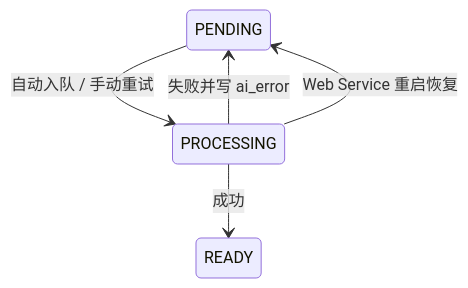
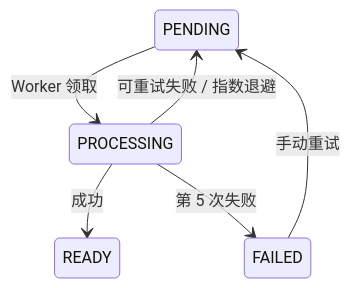
Before and after one commit to tamakara/bakabooru: the second of 4 diagrams in docs/operations.md, drawn with Mermaid. The commit also changed other lines of this file and 73 other files, not shown here.

````diff
--- a/docs/operations.md
+++ b/docs/operations.md
@@ -43,7 +43,8 @@
 ```mermaid
 stateDiagram-v2
-    PENDING --> PROCESSING: 自动入队 / 手动重试
+    PENDING --> PROCESSING: Worker 领取
     PROCESSING --> READY: 成功
-    PROCESSING --> PENDING: 失败并写 ai_error
-    PROCESSING --> PENDING: Web Service 重启恢复
+    PROCESSING --> PENDING: 可重试失败 / 指数退避
+    PROCESSING --> FAILED: 第 5 次失败
+    FAILED --> PENDING: 手动重试
 ```
````
